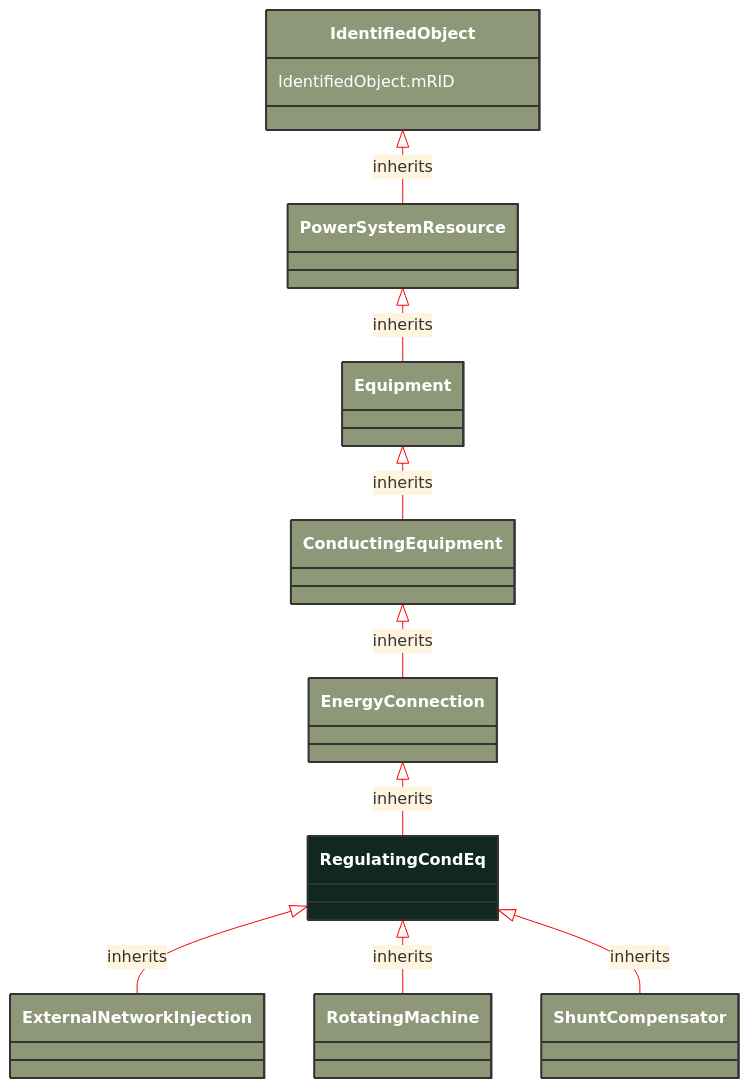
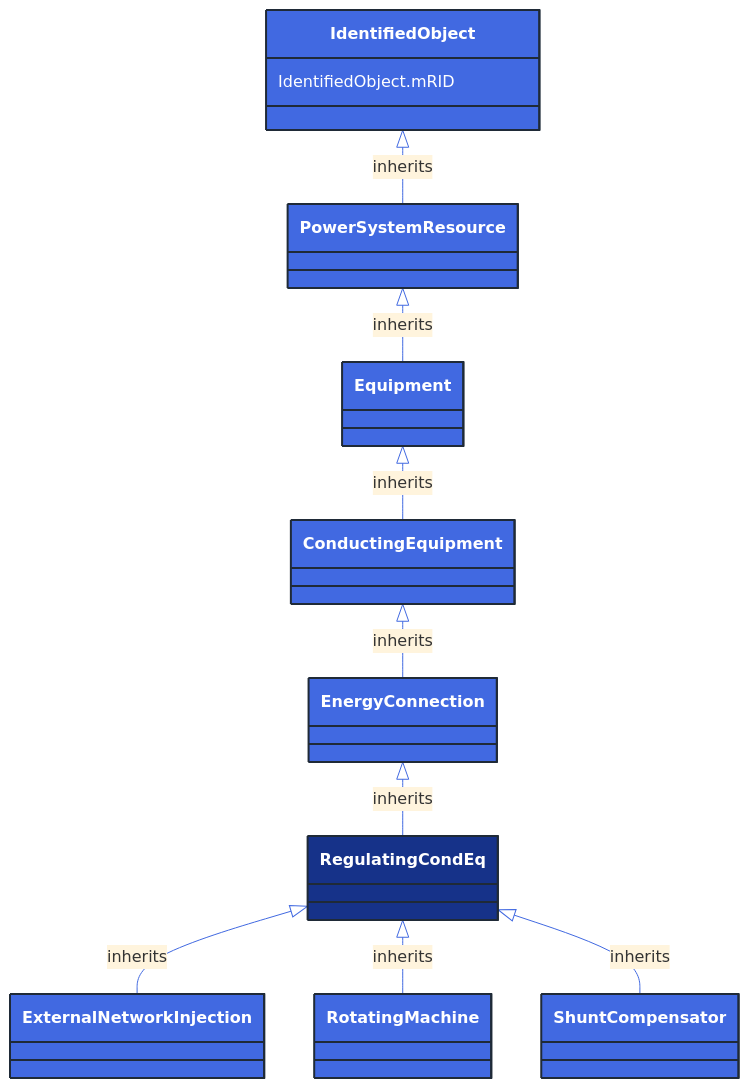
One commit to 3lbits/NoCIMExtensions changed the diagram in docs/Models/Profiles/ShortCircuit/AbstractClasses/RegulatingCondEq.md. Above: the diagram before and after it, drawn with Mermaid. The commit also changed 362 other files, not shown here.

First line of the commit message:
Update diagrams and styles for improved visual consistency

````diff
--- a/docs/Models/Profiles/ShortCircuit/AbstractClasses/RegulatingCondEq.md
+++ b/docs/Models/Profiles/ShortCircuit/AbstractClasses/RegulatingCondEq.md
@@ -10,49 +10,49 @@
 ```mermaid
-%%{init: {'theme':'base','themeVariables': {'lineColor': '#FF0000'}}}%%
+%%{init: {'theme':'base','themeVariables': {'lineColor': '#4169E1'}}}%%
 classDiagram
     class RegulatingCondEq
     click RegulatingCondEq href "/Models/Profiles/ShortCircuit/AbstractClasses/RegulatingCondEq/"
-    style RegulatingCondEq fill:#102820,stroke:#333,stroke-width:2px,rx:10,ry:10,color:white
+    style RegulatingCondEq fill:#163289,stroke:#1F2A37,stroke-width:2px,rx:10,ry:10,color:white
 
         RegulatingCondEq <|-- ExternalNetworkInjection : inherits
 
         ExternalNetworkInjection
             click ExternalNetworkInjection href "/Models/Profiles/ShortCircuit/ConcreteClasses/ExternalNetworkInjection/"
-            style ExternalNetworkInjection fill:#8F9779,stroke:#333,stroke-width:2px,rx:10,ry:10,color:white
+            style ExternalNetworkInjection fill:#4169E1,stroke:#1F2A37,stroke-width:2px,rx:10,ry:10,color:white
 
         RegulatingCondEq <|-- RotatingMachine : inherits
 
         RotatingMachine
             click RotatingMachine href "/Models/Profiles/ShortCircuit/AbstractClasses/RotatingMachine/"
-            style RotatingMachine fill:#8F9779,stroke:#333,stroke-width:2px,rx:10,ry:10,color:white
+            style RotatingMachine fill:#4169E1,stroke:#1F2A37,stroke-width:2px,rx:10,ry:10,color:white
 
         RegulatingCondEq <|-- ShuntCompensator : inherits
 
         ShuntCompensator
             click ShuntCompensator href "/Models/Profiles/ShortCircuit/AbstractClasses/ShuntCompensator/"
-            style ShuntCompensator fill:#8F9779,stroke:#333,stroke-width:2px,rx:10,ry:10,color:white
+            style ShuntCompensator fill:#4169E1,stroke:#1F2A37,stroke-width:2px,rx:10,ry:10,color:white
      
         EnergyConnection <|-- RegulatingCondEq : inherits
             click EnergyConnection href "/Models/Profiles/ShortCircuit/AbstractClasses/EnergyConnection/"
-            style EnergyConnection fill:#8F9779,stroke:#333,stroke-width:2px,rx:10,ry:10,color:white
+            style EnergyConnection fill:#4169E1,stroke:#1F2A37,stroke-width:2px,rx:10,ry:10,color:white
      
         ConductingEquipment <|-- EnergyConnection : inherits
             click ConductingEquipment href "/Models/Profiles/ShortCircuit/AbstractClasses/ConductingEquipment/"
-            style ConductingEquipment fill:#8F9779,stroke:#333,stroke-width:2px,rx:10,ry:10,color:white
+            style ConductingEquipment fill:#4169E1,stroke:#1F2A37,stroke-width:2px,rx:10,ry:10,color:white
      
         Equipment <|-- ConductingEquipment : inherits
             click Equipment href "/Models/Profiles/ShortCircuit/AbstractClasses/Equipment/"
-            style Equipment fill:#8F9779,stroke:#333,stroke-width:2px,rx:10,ry:10,color:white
+            style Equipment fill:#4169E1,stroke:#1F2A37,stroke-width:2px,rx:10,ry:10,color:white
      
         PowerSystemResource <|-- Equipment : inherits
             click PowerSystemResource href "/Models/Profiles/ShortCircuit/AbstractClasses/PowerSystemResource/"
-            style PowerSystemResource fill:#8F9779,stroke:#333,stroke-width:2px,rx:10,ry:10,color:white
+            style PowerSystemResource fill:#4169E1,stroke:#1F2A37,stroke-width:2px,rx:10,ry:10,color:white
      
         IdentifiedObject <|-- PowerSystemResource : inherits
             click IdentifiedObject href "/Models/Profiles/ShortCircuit/AbstractClasses/IdentifiedObject/"
-            style IdentifiedObject fill:#8F9779,stroke:#333,stroke-width:2px,rx:10,ry:10,color:white
+            style IdentifiedObject fill:#4169E1,stroke:#1F2A37,stroke-width:2px,rx:10,ry:10,color:white
 
 
 
         IdentifiedObject : IdentifiedObject.mRID
 ```
````
